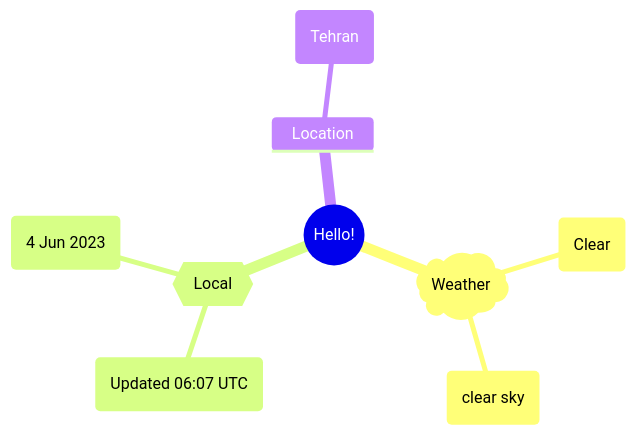
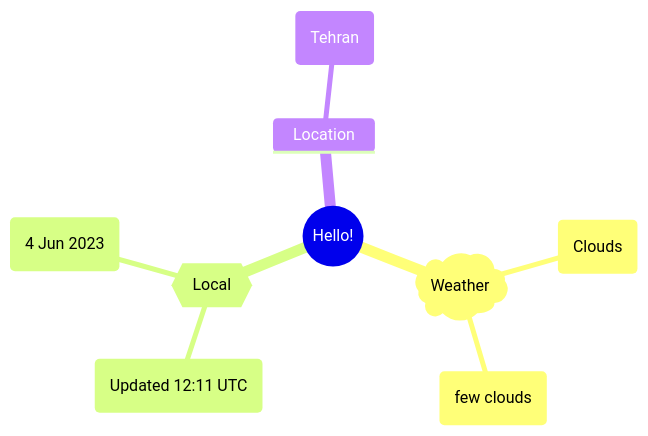
Before and after one commit to Xosrov/Xosrov: the first of 2 diagrams in README.md, drawn with Mermaid.

Commit message:
[bot] updated images

````diff
--- a/README.md
+++ b/README.md
@@ -3,12 +3,12 @@
 ```mermaid
 mindmap
   root((Hello!))
     )Weather(
-        (Clear)
-        (clear sky)
+        (Clouds)
+        (few clouds)
     {{Local}}
-        (Updated 06:07 UTC)
+        (Updated 12:11 UTC)
         (4 Jun 2023)
     Location
         (Tehran)
 ```
````
